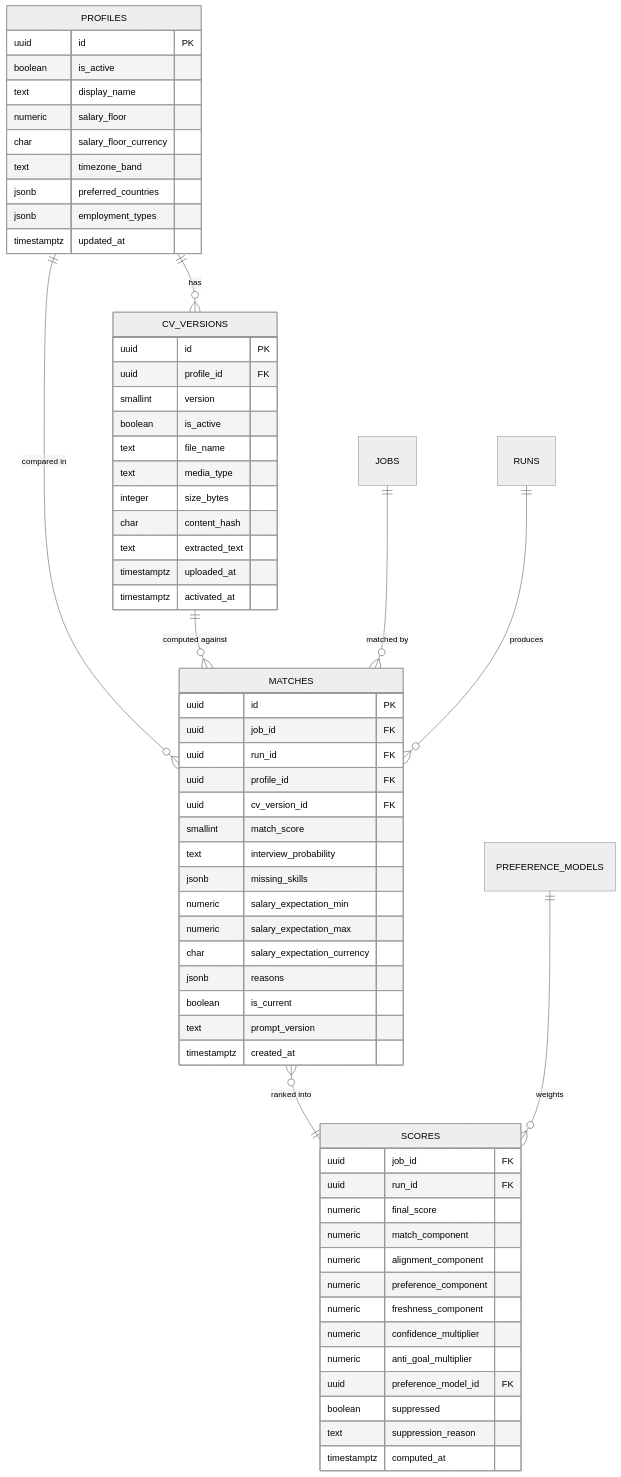
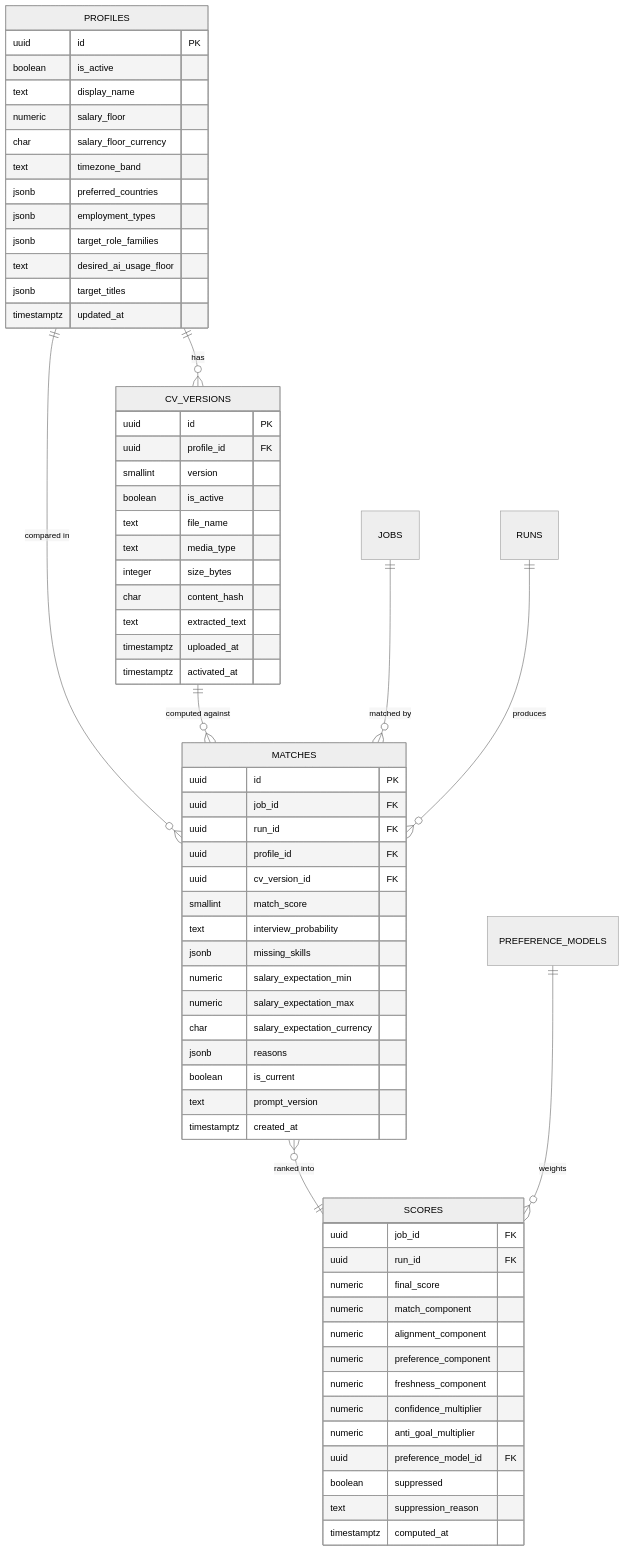
Before and after one commit to HeliosPersonal/jobhunter: the diagram in docs/features/f4-cv-matching-ranking/data-model.md, drawn with Mermaid (neutral theme). The commit also changed other lines of this file and 15 other files, not shown here.

````diff
--- a/docs/features/f4-cv-matching-ranking/data-model.md
+++ b/docs/features/f4-cv-matching-ranking/data-model.md
@@ -20,66 +20,69 @@
 ```mermaid
 erDiagram
   PROFILES ||--o{ CV_VERSIONS : has
   PROFILES ||--o{ MATCHES : "compared in"
   CV_VERSIONS ||--o{ MATCHES : "computed against"
   JOBS ||--o{ MATCHES : "matched by"
   RUNS ||--o{ MATCHES : produces
   MATCHES }o--|| SCORES : "ranked into"
   PREFERENCE_MODELS ||--o{ SCORES : weights
   PROFILES {
     uuid id PK
     boolean is_active
     text display_name
     numeric salary_floor
     char salary_floor_currency
     text timezone_band
     jsonb preferred_countries
     jsonb employment_types
+    jsonb target_role_families
+    text desired_ai_usage_floor
+    jsonb target_titles
     timestamptz updated_at
   }
   CV_VERSIONS {
     uuid id PK
     uuid profile_id FK
     smallint version
     boolean is_active
     text file_name
     text media_type
     integer size_bytes
     char content_hash
     text extracted_text
     timestamptz uploaded_at
     timestamptz activated_at
   }
   MATCHES {
     uuid id PK
     uuid job_id FK
     uuid run_id FK
     uuid profile_id FK
     uuid cv_version_id FK
     smallint match_score
     text interview_probability
     jsonb missing_skills
     numeric salary_expectation_min
     numeric salary_expectation_max
     char salary_expectation_currency
     jsonb reasons
     boolean is_current
     text prompt_version
     timestamptz created_at
   }
   SCORES {
     uuid job_id FK
     uuid run_id FK
     numeric final_score
     numeric match_component
     numeric alignment_component
     numeric preference_component
     numeric freshness_component
     numeric confidence_multiplier
     numeric anti_goal_multiplier
     uuid preference_model_id FK
     boolean suppressed
     text suppression_reason
     timestamptz computed_at
   }
 ```
````
